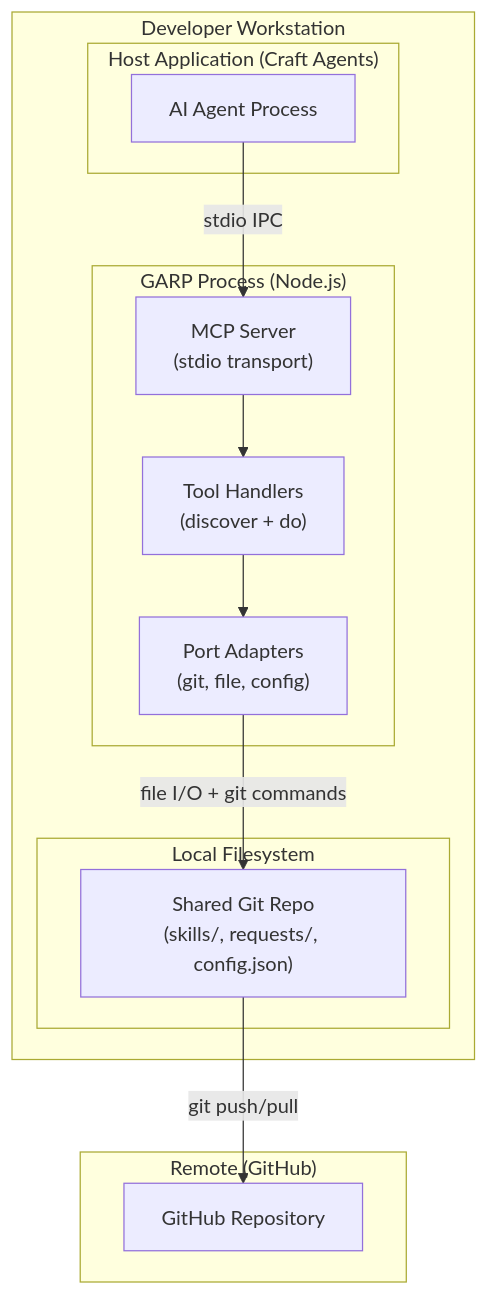
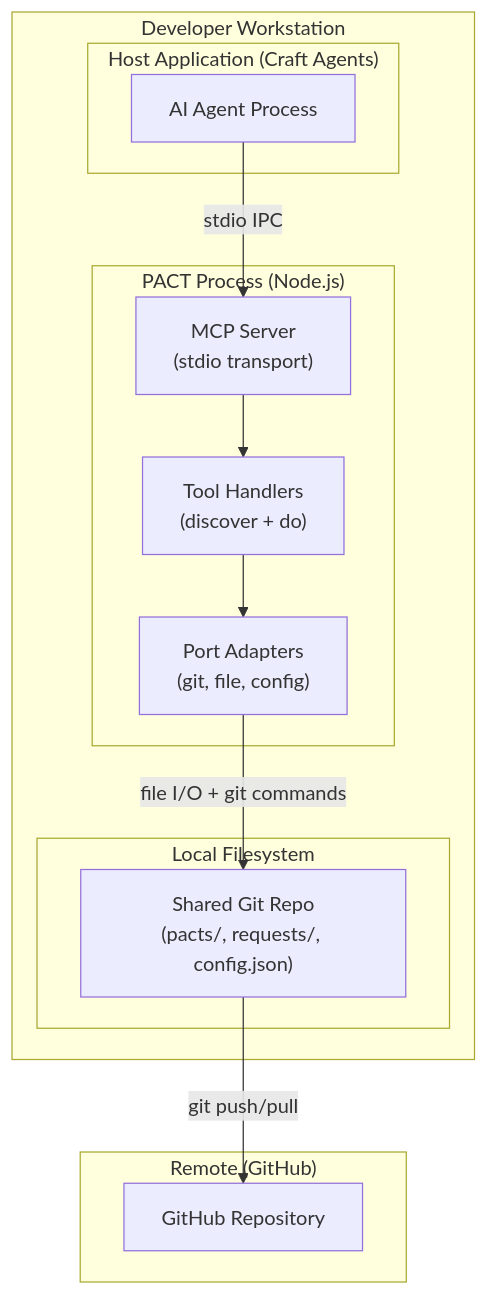
One commit to snidelycapon/pact changed the diagram in docs/feature/collapsed-tools-brain/deliver/platform-architecture.md. Above: the diagram before and after it, drawn with Mermaid. The commit also changed other lines of this file and 242 other files, not shown here.

First line of the commit message:
chore: rename garp to pact across entire codebase

````diff
--- a/docs/feature/collapsed-tools-brain/deliver/platform-architecture.md
+++ b/docs/feature/collapsed-tools-brain/deliver/platform-architecture.md
@@ -34,29 +34,29 @@
 ```mermaid
 graph TB
     subgraph "Developer Workstation"
         subgraph "Host Application (Craft Agents)"
             Agent["AI Agent Process"]
         end
 
-        subgraph "GARP Process (Node.js)"
+        subgraph "PACT Process (Node.js)"
             MCP["MCP Server<br/>(stdio transport)"]
             Tools["Tool Handlers<br/>(discover + do)"]
             Ports["Port Adapters<br/>(git, file, config)"]
         end
 
         subgraph "Local Filesystem"
-            Repo["Shared Git Repo<br/>(skills/, requests/, config.json)"]
+            Repo["Shared Git Repo<br/>(pacts/, requests/, config.json)"]
         end
 
         Agent -->|"stdio IPC"| MCP
         MCP --> Tools
         Tools --> Ports
         Ports -->|"file I/O + git commands"| Repo
     end
 
     subgraph "Remote (GitHub)"
         GitHub["GitHub Repository"]
     end
 
     Repo -->|"git push/pull"| GitHub
 ```
````
